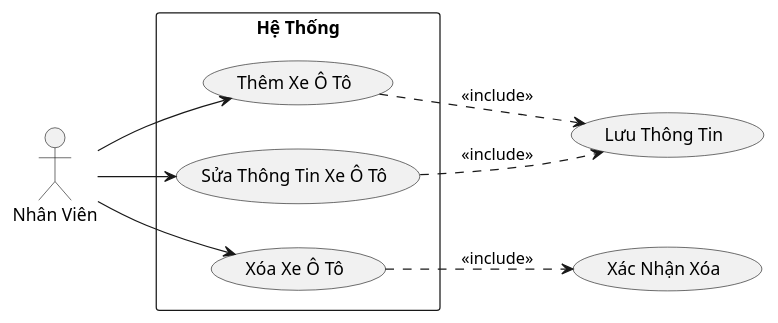
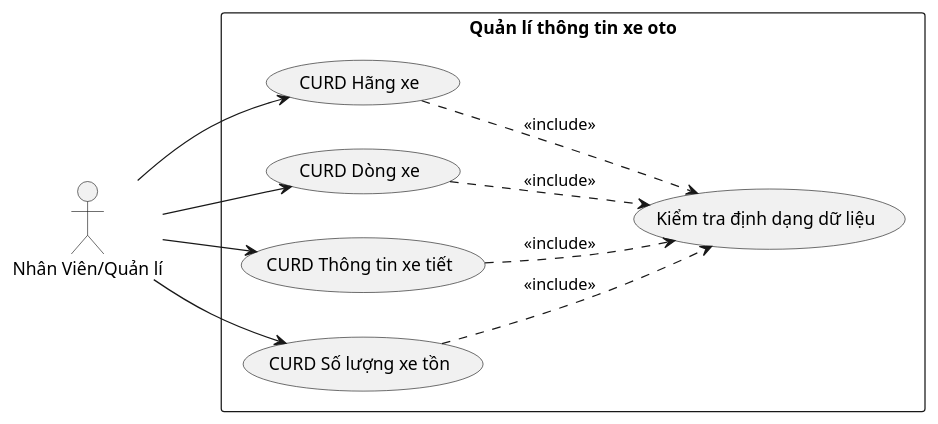
One commit to phutuctran/SE357-Pratice-class changed the diagram in Lab1/Lab1.2/Usecase/UC5.Quản lí thông tin xe oto.plantuml. Above: the diagram before and after it, drawn with PlantUML. The commit also changed 175 other files, not shown here.

```diff
--- a/Lab1/Lab1.2/Usecase/UC5.Quản lí thông tin xe oto.plantuml
+++ b/Lab1/Lab1.2/Usecase/UC5.Quản lí thông tin xe oto.plantuml
@@ -1,17 +1,21 @@
 @startuml
 left to right direction
-actor "Nhân Viên" as employee
-rectangle "Hệ Thống" {
-  usecase "Thêm Xe Ô Tô" as addCar
-  usecase "Sửa Thông Tin Xe Ô Tô" as editCar
-  usecase "Xóa Xe Ô Tô" as deleteCar
+actor "Nhân Viên/Quản lí" as employee
+rectangle "Quản lí thông tin xe oto" {
+  usecase "CURD Hãng xe" as curdBrand
+  usecase "CURD Dòng xe" as curdModel
+  usecase "CURD Thông tin xe tiết" as curdInfo 
+  usecase "CURD Số lượng xe tồn" as curdQuantity
+
+  curdBrand ..> (Kiểm tra định dạng dữ liệu) : <<include>>
+  curdModel ..> (Kiểm tra định dạng dữ liệu) : <<include>>
+  curdInfo ..> (Kiểm tra định dạng dữ liệu) : <<include>>
+  curdQuantity ..> (Kiểm tra định dạng dữ liệu) : <<include>>
 }
 
-employee --> addCar 
-employee --> editCar
-employee --> deleteCar 
+employee --> curdBrand
+employee --> curdModel
+employee --> curdInfo
+employee --> curdQuantity
 
-addCar ..> (Lưu Thông Tin) : <<include>>
-editCar ..> (Lưu Thông Tin): <<include>>
-deleteCar ..> (Xác Nhận Xóa): <<include>>
 @enduml
```
